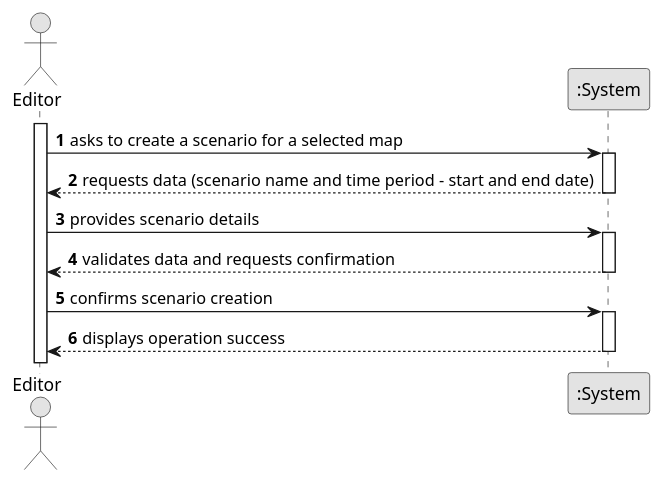
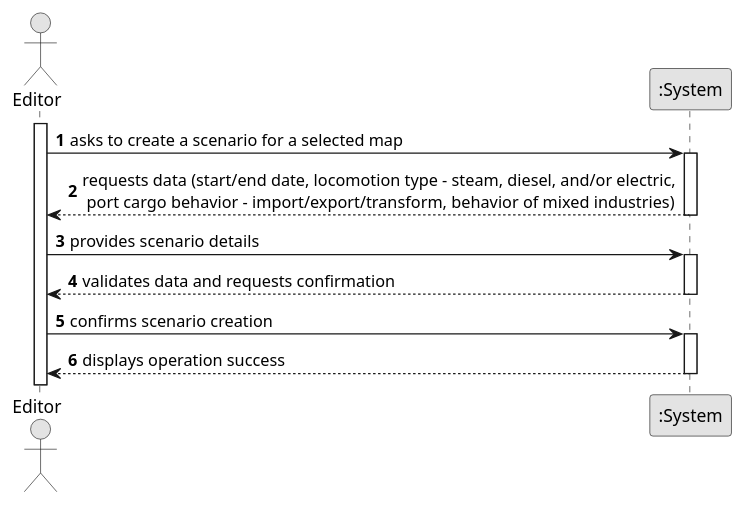
The diagram in docs/system-documentation/US004/01.requirements-engineering/puml/US004-SSD.puml (1240826/empire-on-tracks), drawn with PlantUML before and after one commit. The commit also changed 14 other files, not shown here.

```diff
--- a/docs/system-documentation/US004/01.requirements-engineering/puml/US004-SSD.puml
+++ b/docs/system-documentation/US004/01.requirements-engineering/puml/US004-SSD.puml
@@ -1,31 +1,31 @@
 @startuml
 skinparam monochrome true
 skinparam packageStyle rectangle
 skinparam shadowing false
 
 autonumber
 
 actor "Editor" as Editor
 participant ":System" as System
 
 activate Editor
 
     Editor -> System : asks to create a scenario for a selected map
     activate System
 
-        System --> Editor : requests data (scenario name and time period - start and end date)
+        System --> Editor : requests data (start/end date, locomotion type - steam, diesel, and/or electric,\n port cargo behavior - import/export/transform, behavior of mixed industries)
     deactivate System
 
     Editor -> System : provides scenario details
     activate System
 
         System --> Editor : validates data and requests confirmation
     deactivate System
 
     Editor -> System : confirms scenario creation
     activate System
 
         System --> Editor : displays operation success
     deactivate System
 
 @enduml
```
